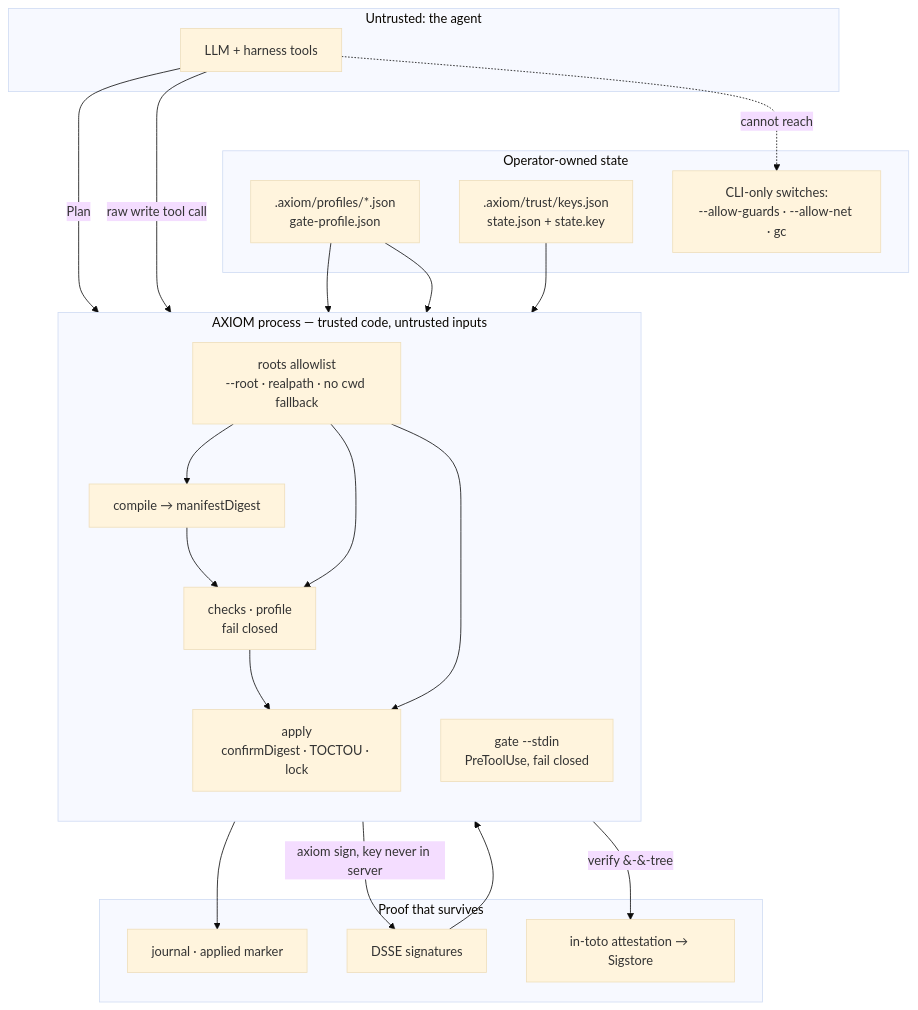
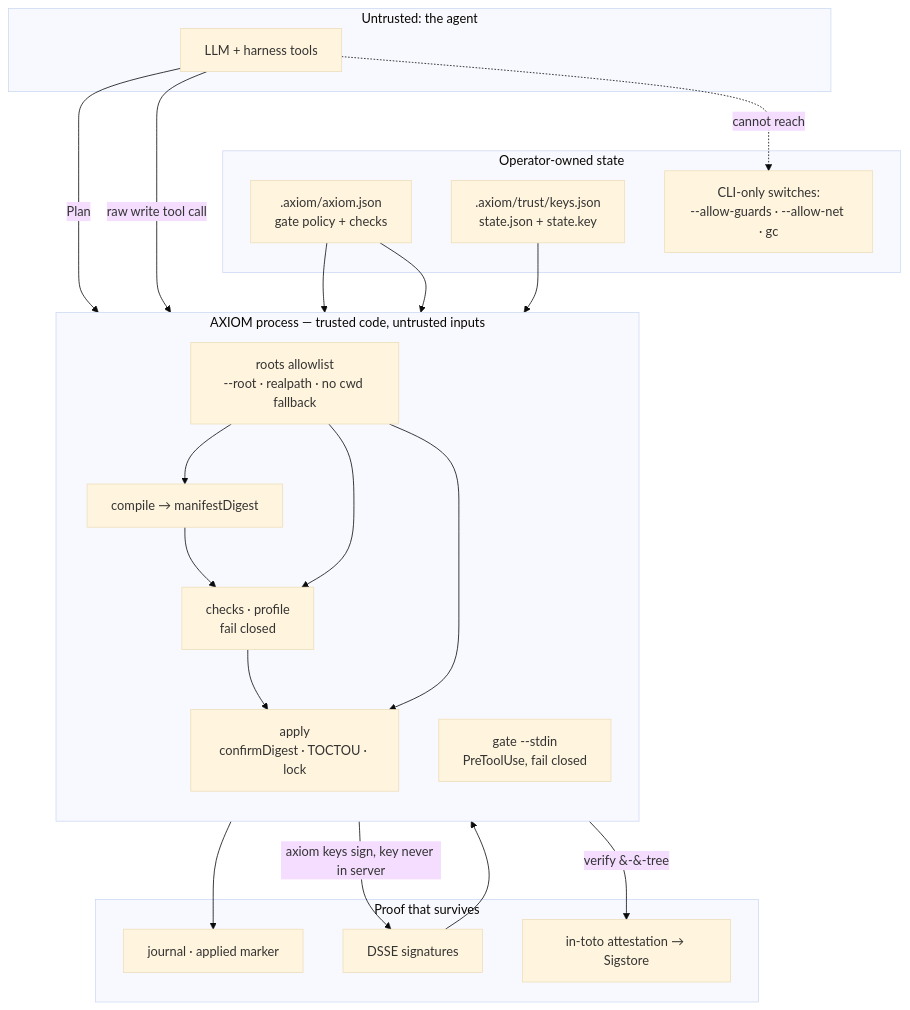
Before and after one commit to dragoscv/axiom: the diagram in docs/concepts/trust-model.md, drawn with Mermaid (base theme). The commit also changed other lines of this file and 308 other files, not shown here.

````diff
--- a/docs/concepts/trust-model.md
+++ b/docs/concepts/trust-model.md
@@ -10,32 +10,34 @@
 ```mermaid
 flowchart TB
+  accTitle: AXIOM trust boundaries
+  accDescr: Which parts are untrusted agent input, which are trusted repository policy and keys, and where AXIOM checks the boundary.
   subgraph agent [Untrusted: the agent]
     AG[LLM + harness tools]
   end
   subgraph gate [AXIOM process — trusted code, untrusted inputs]
     direction TB
     RT[roots allowlist<br/>--root · realpath · no cwd fallback]
     CP[compile → manifestDigest]
     CK[checks · profile<br/>fail closed]
     AP[apply<br/>confirmDigest · TOCTOU · lock]
     HK[gate --stdin<br/>PreToolUse, fail closed]
   end
   subgraph operator [Operator-owned state]
-    PR[.axiom/profiles/*.json<br/>gate-profile.json]
+    PR[.axiom/axiom.json<br/>gate policy + checks]
     TS[.axiom/trust/keys.json<br/>state.json + state.key]
     FL[CLI-only switches:<br/>--allow-guards · --allow-net · gc]
   end
   subgraph proof [Proof that survives]
     JN[journal · applied marker]
     SG[DSSE signatures]
     AT[in-toto attestation → Sigstore]
   end
   AG -->|Plan| CP --> CK --> AP --> JN
   AG -->|raw write tool call| HK
   AG -.->|cannot reach| FL
   RT --> CP & CK & AP
   PR --> CK & HK
   TS --> CK
   AP -->|"verify &#8209;&#8209;tree"| AT
-  CP -->|axiom sign, key never in server| SG --> CK
+  CP -->|axiom keys sign, key never in server| SG --> CK
 ```
````
